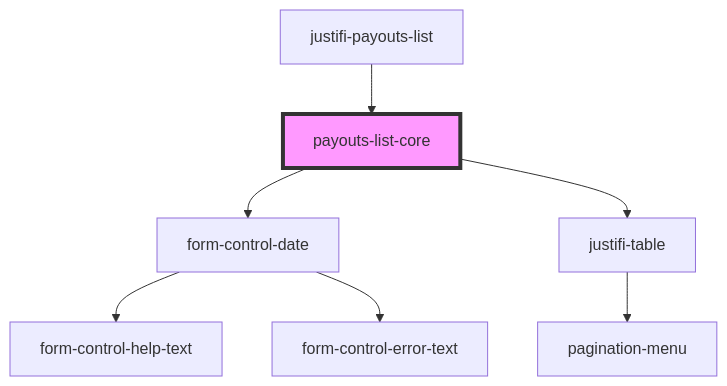
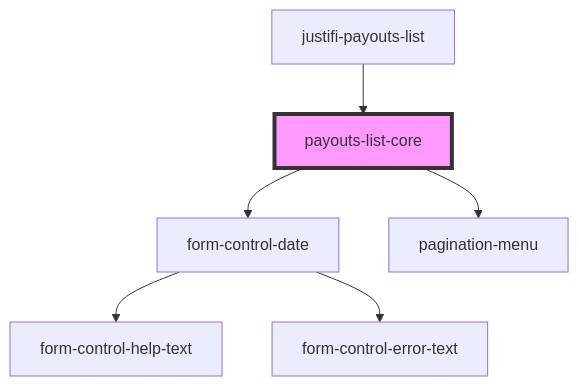
Before and after one commit to justifi-tech/web-component-library: the diagram in packages/webcomponents/src/components/payouts-list/readme.md, drawn with Mermaid. The commit also changed other lines of this file and 18 other files, not shown here.

First line of the commit message:
Removes the justifi-table component from payments-list (#658)

````diff
--- a/packages/webcomponents/src/components/payouts-list/readme.md
+++ b/packages/webcomponents/src/components/payouts-list/readme.md
@@ -36,10 +48,9 @@
 ```mermaid
 graph TD;
   payouts-list-core --> form-control-date
-  payouts-list-core --> justifi-table
+  payouts-list-core --> pagination-menu
   form-control-date --> form-control-help-text
   form-control-date --> form-control-error-text
-  justifi-table --> pagination-menu
   justifi-payouts-list --> payouts-list-core
   style payouts-list-core fill:#f9f,stroke:#333,stroke-width:4px
 ```
````
